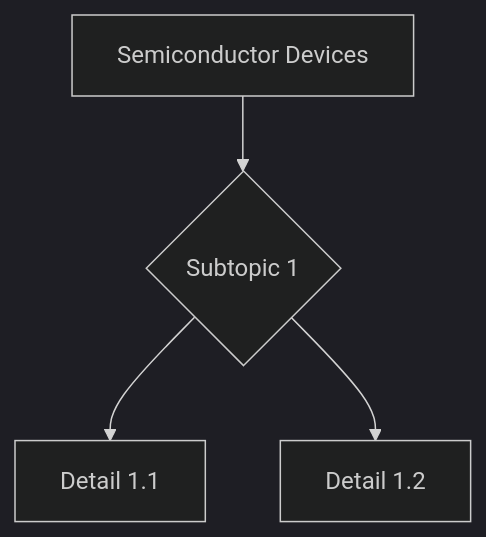
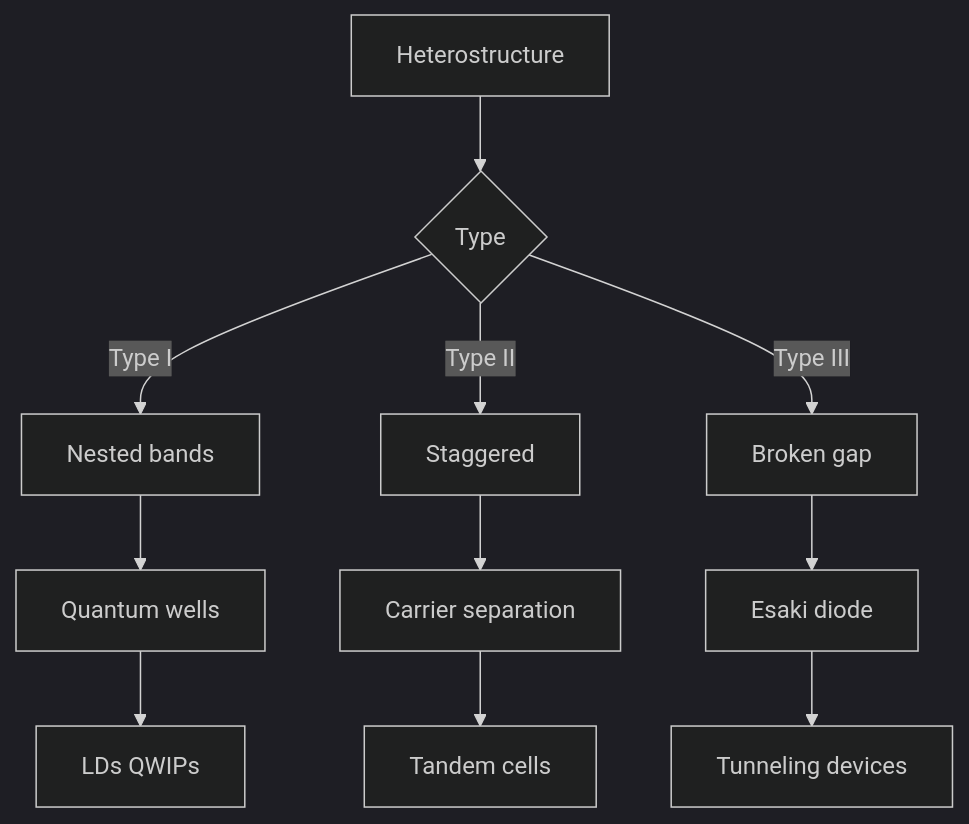
One commit to yip-lgtm/PhysicsSelfStudy changed the third of 10 diagrams in 03_MSc_Physics/advanced_materials_concentration/MSPY_5001_Semiconductor_Devices/README.md. Above: the diagram before and after it, drawn with Mermaid (dark theme). The commit also changed other lines of this file and 21 other files, not shown here.

````diff
--- a/03_MSc_Physics/advanced_materials_concentration/MSPY_5001_Semiconductor_Devices/README.md
+++ b/03_MSc_Physics/advanced_materials_concentration/MSPY_5001_Semiconductor_Devices/README.md
@@ -259,6 +220,13 @@
 ```mermaid
 graph TD
-    A[Semiconductor Devices] --> B{Subtopic 1}
-    B --> C[Detail 1.1]
-    B --> D[Detail 1.2]
+    A[Heterostructure] --> B{Type}
+    B -->|Type I| C[Nested bands]
+    B -->|Type II| D[Staggered]
+    B -->|Type III| E[Broken gap]
+    C --> F[Quantum wells]
+    D --> G[Carrier separation]
+    E --> H[Esaki diode]
+    F --> I[LDs QWIPs]
+    G --> J[Tandem cells]
+    H --> K[Tunneling devices]
 ```
````
